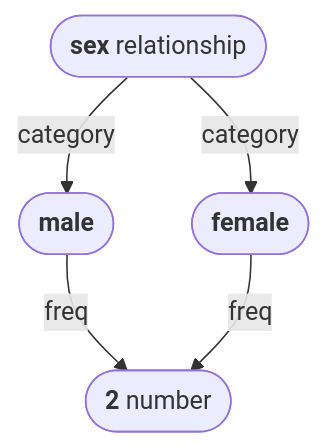
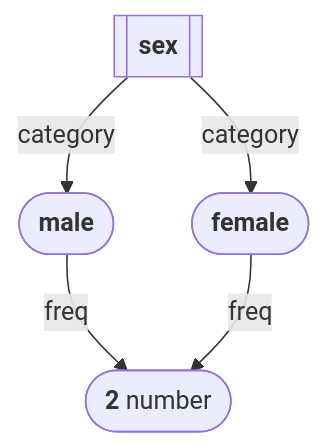
One commit to conmaol/maglocunus changed the eighth of 12 diagrams in d/data.md. Above: the diagram before and after it, drawn with Mermaid. The commit also changed other lines of this file, not shown here.

````diff
--- a/d/data.md
+++ b/d/data.md
@@ -214,11 +212,11 @@
 ```mermaid
 flowchart TD
-    sex(["`**sex** relationship`"])
+    sex[["`**sex**`"]]
     male(["`**male**`"])
     female(["`**female**`"])
     sex -- category --> male
     sex -- category --> female
     two(["`**2** number`"])
     male -- freq --> two
     female -- freq --> two
 ```
````
